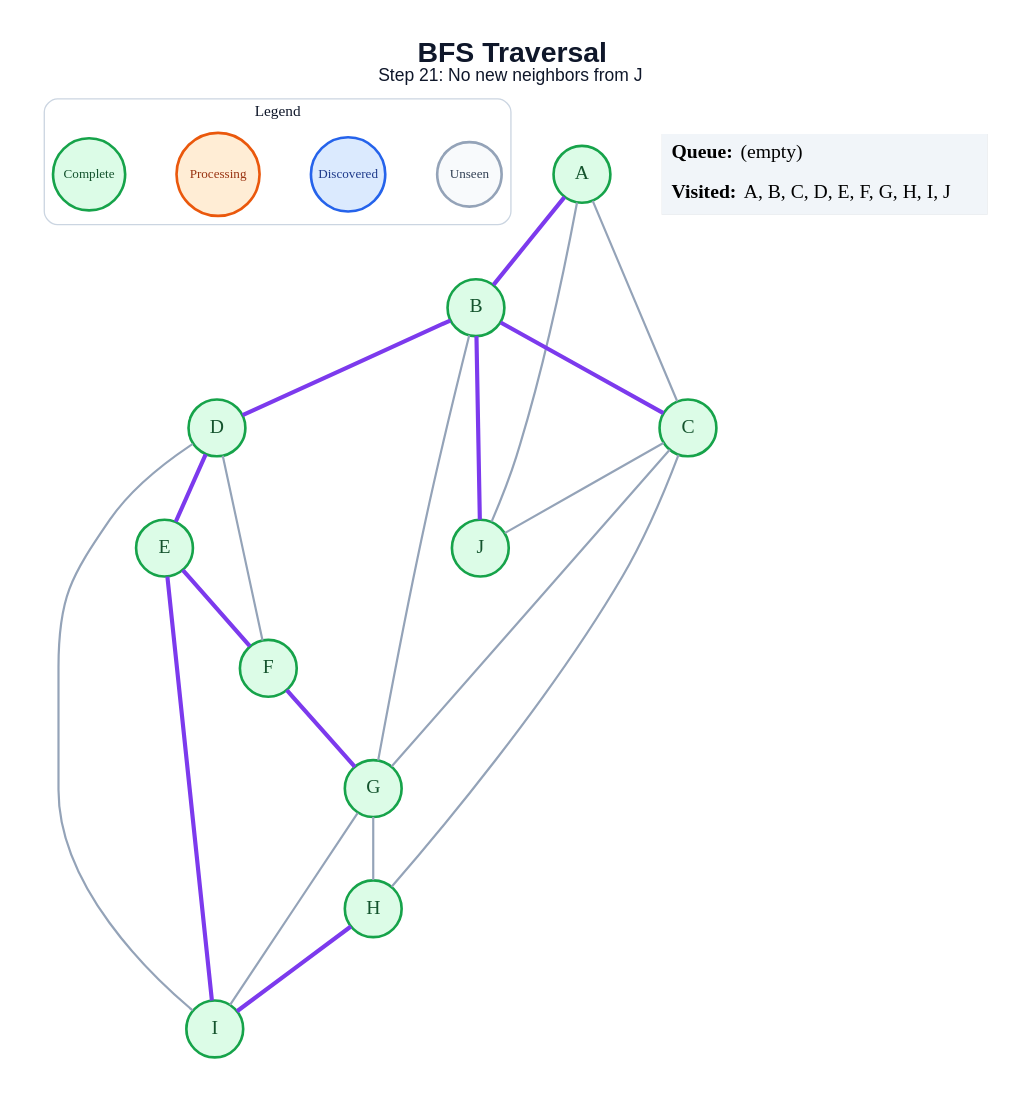
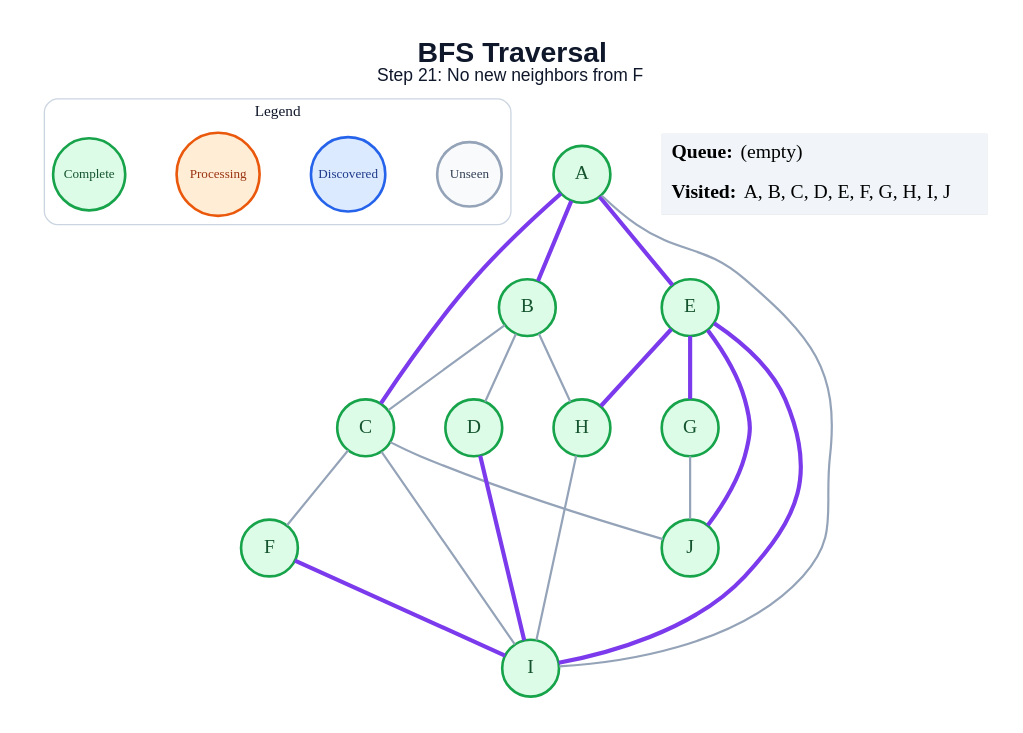
The diagram in generated/specific-node/bfs/step_21.dot (amanghodawala9/ai-slop), drawn with Graphviz before and after one commit. The commit also changed 178 other files, not shown here.

```diff
--- a/generated/specific-node/bfs/step_21.dot
+++ b/generated/specific-node/bfs/step_21.dot
@@ -1,48 +1,47 @@
 graph traversal {
   graph [layout=dot, rankdir=TB, bgcolor="#FFFFFF", pad="0.35", nodesep="0.65", ranksep="0.8", fontname="Arial"];
   node [shape=circle, style="filled", fontname="Arial Bold", fontsize=18, width=0.72, fixedsize=true, penwidth=2.4];
   edge [color="#94A3B8", penwidth=2.0];
-  label=<<B>BFS Traversal</B><BR/><FONT POINT-SIZE="16">Step 21: No new neighbors from J</FONT>>; labelloc="t"; fontsize=26; fontname="Arial"; fontcolor="#0F172A";
+  label=<<B>BFS Traversal</B><BR/><FONT POINT-SIZE="16">Step 21: No new neighbors from F</FONT>>; labelloc="t"; fontsize=26; fontname="Arial"; fontcolor="#0F172A";
   subgraph cluster_legend { label="Legend"; color="#CBD5E1"; penwidth=1.2; style="rounded"; fontsize=14; fontname="Arial Bold";
     key_unseen [label="Unseen", fillcolor="#F8FAFC", color="#94A3B8", fontcolor="#334155", fontsize=12, width=0.82];
     key_frontier [label="Discovered", fillcolor="#DBEAFE", color="#2563EB", fontcolor="#1E3A8A", fontsize=12, width=0.95];
     key_current [label="Processing", fillcolor="#FFEDD5", color="#EA580C", fontcolor="#9A3412", fontsize=12, width=1.05];
     key_done [label="Complete", fillcolor="#DCFCE7", color="#16A34A", fontcolor="#14532D", fontsize=12, width=0.92];
     { rank=same; key_unseen; key_frontier; key_current; key_done; }
   }
   A [fillcolor="#DCFCE7", color="#16A34A", fontcolor="#14532D"];
   B [fillcolor="#DCFCE7", color="#16A34A", fontcolor="#14532D"];
   C [fillcolor="#DCFCE7", color="#16A34A", fontcolor="#14532D"];
   D [fillcolor="#DCFCE7", color="#16A34A", fontcolor="#14532D"];
   E [fillcolor="#DCFCE7", color="#16A34A", fontcolor="#14532D"];
   F [fillcolor="#DCFCE7", color="#16A34A", fontcolor="#14532D"];
   G [fillcolor="#DCFCE7", color="#16A34A", fontcolor="#14532D"];
   H [fillcolor="#DCFCE7", color="#16A34A", fontcolor="#14532D"];
   I [fillcolor="#DCFCE7", color="#16A34A", fontcolor="#14532D"];
   J [fillcolor="#DCFCE7", color="#16A34A", fontcolor="#14532D"];
   A -- B [color="#7C3AED", penwidth=3.8];
-  A -- C;
-  A -- J;
-  B -- C [color="#7C3AED", penwidth=3.8];
-  B -- D [color="#7C3AED", penwidth=3.8];
-  B -- G;
-  B -- J [color="#7C3AED", penwidth=3.8];
-  C -- G;
-  C -- H;
+  A -- C [color="#7C3AED", penwidth=3.8];
+  A -- E [color="#7C3AED", penwidth=3.8];
+  A -- I;
+  B -- C;
+  B -- D;
+  B -- H;
+  C -- F;
+  C -- I;
   C -- J;
-  D -- E [color="#7C3AED", penwidth=3.8];
-  D -- F;
-  D -- I;
-  E -- F [color="#7C3AED", penwidth=3.8];
+  D -- I [color="#7C3AED", penwidth=3.8];
+  E -- G [color="#7C3AED", penwidth=3.8];
+  E -- H [color="#7C3AED", penwidth=3.8];
   E -- I [color="#7C3AED", penwidth=3.8];
-  F -- G [color="#7C3AED", penwidth=3.8];
-  G -- H;
-  G -- I;
-  H -- I [color="#7C3AED", penwidth=3.8];
+  E -- J [color="#7C3AED", penwidth=3.8];
+  F -- I [color="#7C3AED", penwidth=3.8];
+  G -- J;
+  H -- I;
   status [shape=plain, fixedsize=false, width=0, height=0, margin=0, label=<
     <TABLE BORDER="0" CELLBORDER="0" CELLPADDING="7" BGCOLOR="#F1F5F9">
       <TR><TD ALIGN="LEFT"><B>Queue:</B> (empty)</TD></TR>
       <TR><TD ALIGN="LEFT"><B>Visited:</B> A, B, C, D, E, F, G, H, I, J</TD></TR>
     </TABLE>
   >];
 }
```
